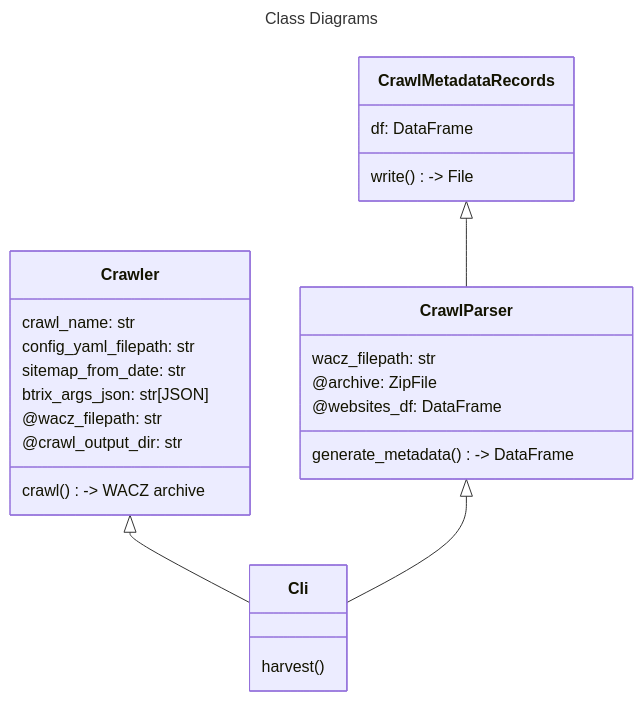
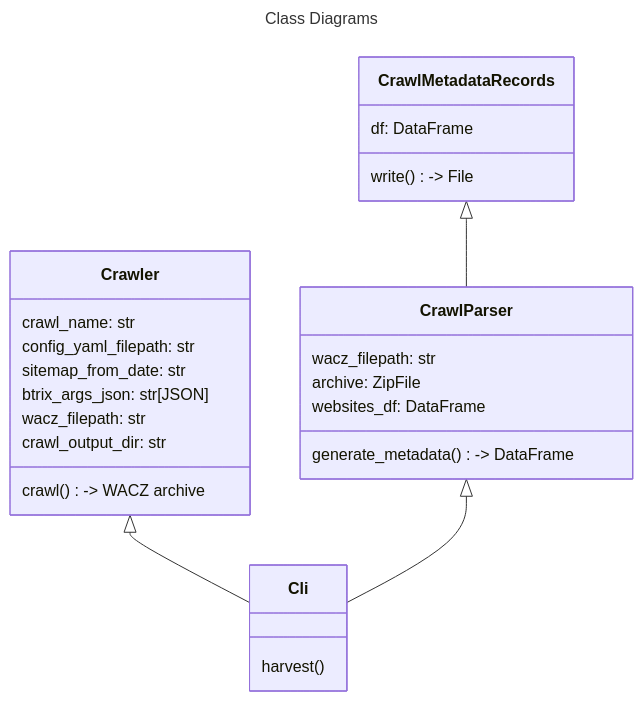
Before and after one commit to MITLibraries/browsertrix-harvester: the first of 3 diagrams in docs/architecture.md, drawn with Mermaid.

Commit message:
remove unconventional syntax from diagrams

````diff
--- a/docs/architecture.md
+++ b/docs/architecture.md
@@ -24,32 +24,32 @@
 ```mermaid
 ---
 title: Class Diagrams
 ---
 classDiagram
     class Cli{
         harvest()        
     }
     class Crawler{
         crawl_name: str
         config_yaml_filepath: str
         sitemap_from_date: str
         btrix_args_json: str[JSON]
-        @wacz_filepath: str
-        @crawl_output_dir: str
+        wacz_filepath: str
+        crawl_output_dir: str
         crawl() -> WACZ archive
     }
     class CrawlParser{
         wacz_filepath: str
-        @archive: ZipFile
-        @websites_df: DataFrame
+        archive: ZipFile
+        websites_df: DataFrame
         generate_metadata() -> DataFrame        
     }
     class CrawlMetadataRecords{
         df: DataFrame
         write() -> File
     }
     Crawler <|-- Cli
     CrawlParser <|-- Cli
     CrawlMetadataRecords <|-- CrawlParser
     
 ```
````
